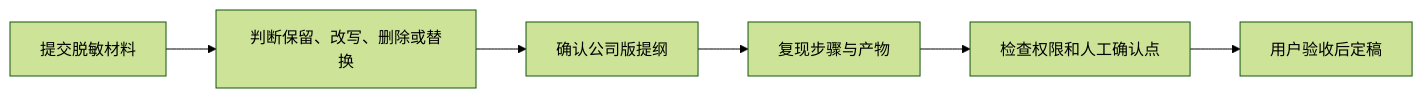
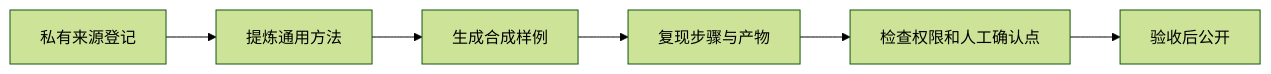
Before and after one commit to wym671222-cyber/anjian-workbuddy-bluebook: the diagram in docs/community/contributing.md, drawn with Mermaid (forest theme). The commit also changed other lines of this file and 42 other files, not shown here.

````diff
--- a/docs/community/contributing.md
+++ b/docs/community/contributing.md
@@ -27,8 +26,8 @@
 ```mermaid
 flowchart LR
-    A[提交脱敏材料] --> B[判断保留、改写、删除或替换]
-    B --> C[确认公司版提纲]
+    A[私有来源登记] --> B[提炼通用方法]
+    B --> C[生成合成样例]
     C --> D[复现步骤与产物]
     D --> E[检查权限和人工确认点]
-    E --> F[用户验收后定稿]
+    E --> F[验收后公开]
 ```
````
